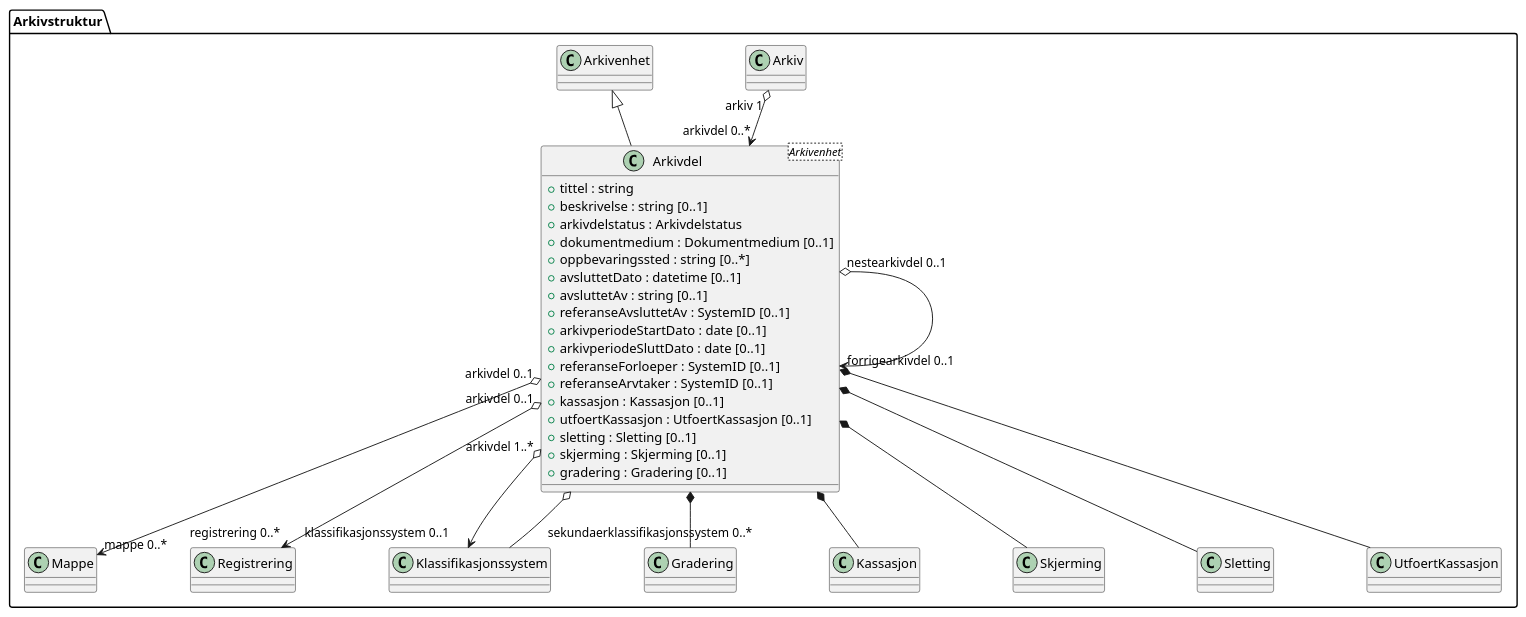
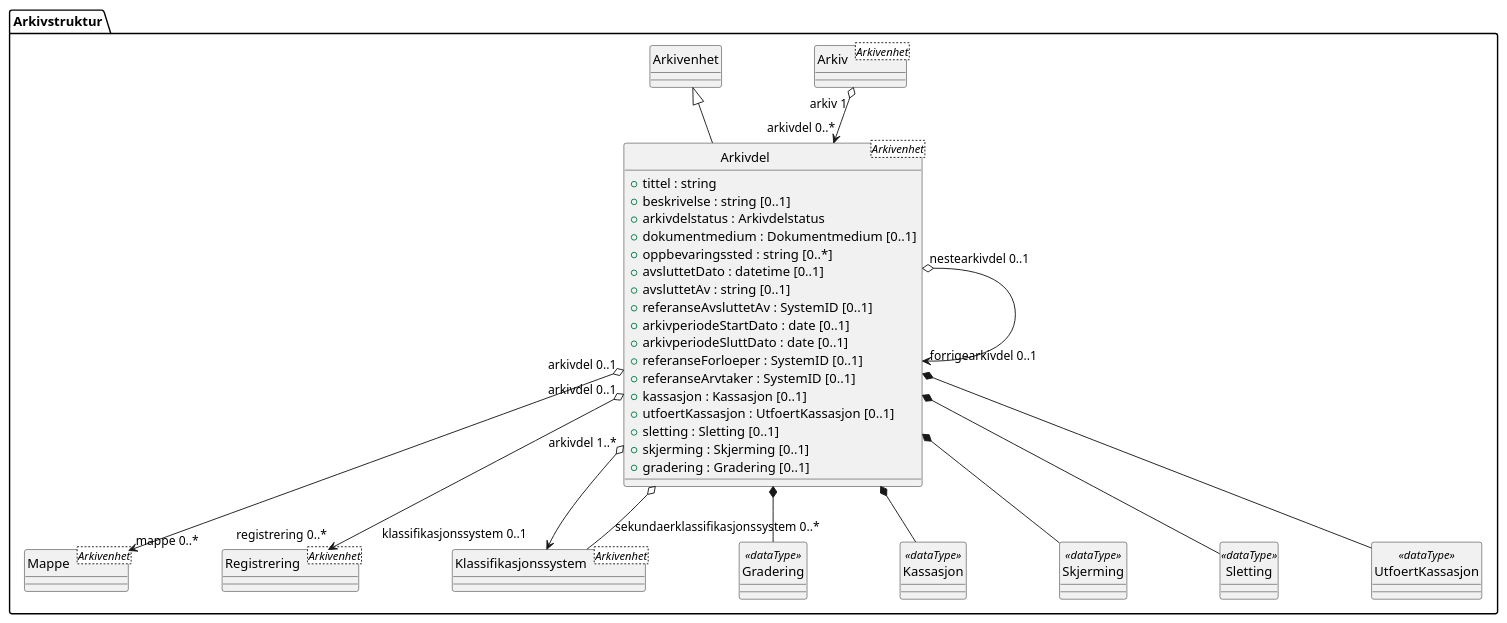
Before and after one commit to arkivverket/noark5-tjenestegrensesnitt-standard: the diagram in kapitler/media/uml-class-arkivdel.puml, drawn with PlantUML. The commit also changed 40 other files, not shown here.

Commit message:
Oppdater UML-diagram med arv og stereotyper.

```diff
--- a/kapitler/media/uml-class-arkivdel.puml
+++ b/kapitler/media/uml-class-arkivdel.puml
@@ -1,34 +1,55 @@
 @startuml
 skinparam nodesep 100
+hide circle
 class Arkivstruktur.Arkivdel <Arkivenhet> {
   +tittel : string
   +beskrivelse : string [0..1]
   +arkivdelstatus : Arkivdelstatus
   +dokumentmedium : Dokumentmedium [0..1]
   +oppbevaringssted : string [0..*]
   +avsluttetDato : datetime [0..1]
   +avsluttetAv : string [0..1]
   +referanseAvsluttetAv : SystemID [0..1]
   +arkivperiodeStartDato : date [0..1]
   +arkivperiodeSluttDato : date [0..1]
   +referanseForloeper : SystemID [0..1]
   +referanseArvtaker : SystemID [0..1]
   +kassasjon : Kassasjon [0..1]
   +utfoertKassasjon : UtfoertKassasjon [0..1]
   +sletting : Sletting [0..1]
   +skjerming : Skjerming [0..1]
   +gradering : Gradering [0..1]
 }
+class Arkivstruktur.Arkiv <Arkivenhet> {
+}
 Arkivstruktur.Arkiv "arkiv 1" o--> "arkivdel 0..*" Arkivstruktur.Arkivdel
+class Arkivstruktur.Mappe <Arkivenhet> {
+}
 Arkivstruktur.Arkivdel "arkivdel 0..1" o--> "mappe 0..*" Arkivstruktur.Mappe
+class Arkivstruktur.Registrering <Arkivenhet> {
+}
 Arkivstruktur.Arkivdel "arkivdel 0..1" o--> "registrering 0..*" Arkivstruktur.Registrering
+class Arkivstruktur.Klassifikasjonssystem <Arkivenhet> {
+}
 Arkivstruktur.Arkivdel "arkivdel 1..*" o--> "klassifikasjonssystem 0..1" Arkivstruktur.Klassifikasjonssystem
 Arkivstruktur.Arkivdel "nestearkivdel 0..1" o--> "forrigearkivdel 0..1" Arkivstruktur.Arkivdel
+class Arkivstruktur.Gradering <<dataType>> {
+}
 Arkivstruktur.Arkivdel *-- Arkivstruktur.Gradering
+class Arkivstruktur.Kassasjon <<dataType>> {
+}
 Arkivstruktur.Arkivdel *-- Arkivstruktur.Kassasjon
+class Arkivstruktur.Skjerming <<dataType>> {
+}
 Arkivstruktur.Arkivdel *-- Arkivstruktur.Skjerming
+class Arkivstruktur.Sletting <<dataType>> {
+}
 Arkivstruktur.Arkivdel *-- Arkivstruktur.Sletting
+class Arkivstruktur.UtfoertKassasjon <<dataType>> {
+}
 Arkivstruktur.Arkivdel *-- Arkivstruktur.UtfoertKassasjon
 Arkivstruktur.Arkivdel o-- "sekundaerklassifikasjonssystem 0..*" Arkivstruktur.Klassifikasjonssystem
+class Arkivstruktur.Arkivenhet {
+}
 Arkivstruktur.Arkivenhet <|-- Arkivstruktur.Arkivdel
 @enduml
```
